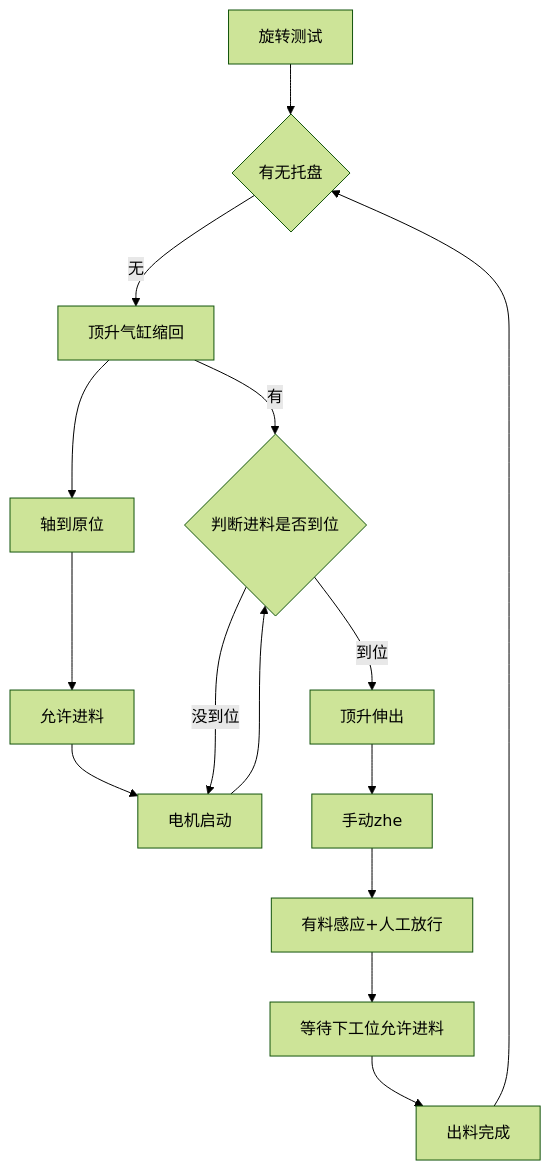
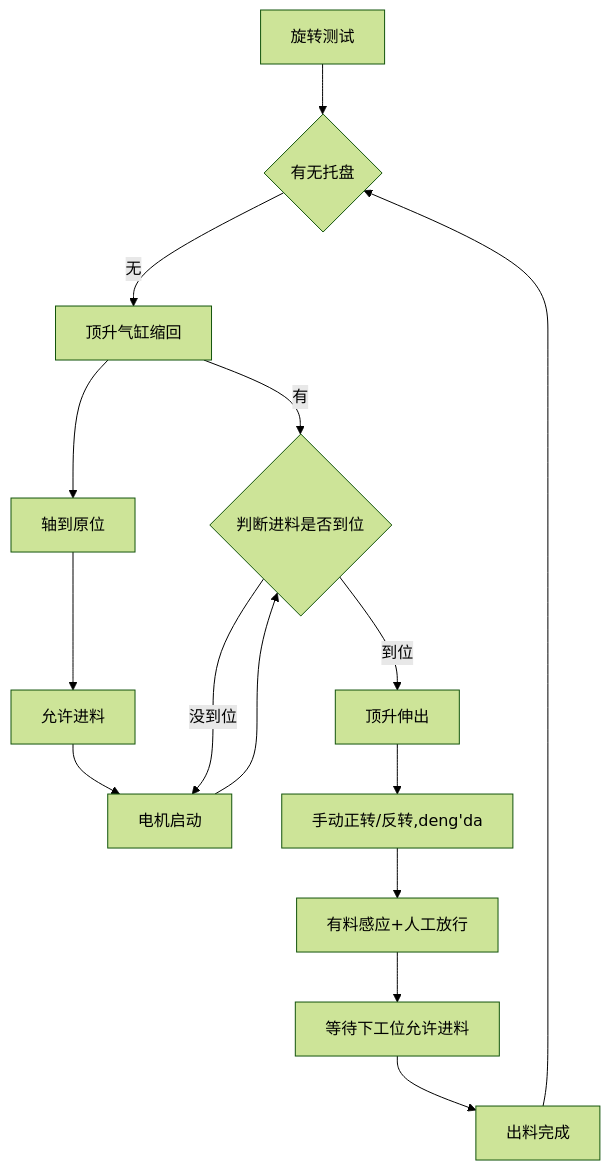
Before and after one commit to PengKun1/iodraw-files: the diagram in all/旋转测试台.md, drawn with Mermaid (forest theme).

Commit message:
2024-12-23 16:23:53 update

````diff
--- a/all/旋转测试台.md
+++ b/all/旋转测试台.md
@@ -1,17 +1,17 @@
 ```mermaid
 graph TD
 0[旋转测试]-->10
 10{有无托盘}-->|无|20
 20-->|有|50
 20[顶升气缸缩回]-->30
 30[轴到原位]-->40
 40[允许进料]-->45
 45[电机启动]-->50
 50{判断进料是否到位}-->|到位|60 
 50-->|没到位|45
 60[顶升伸出]-->70
-70[手动zhe]-->80
+70[手动正转/反转,deng'da]-->80
 80[有料感应+人工放行]-->90
 90[等待下工位允许进料]-->100
 100[出料完成]-->10
 ```
````
